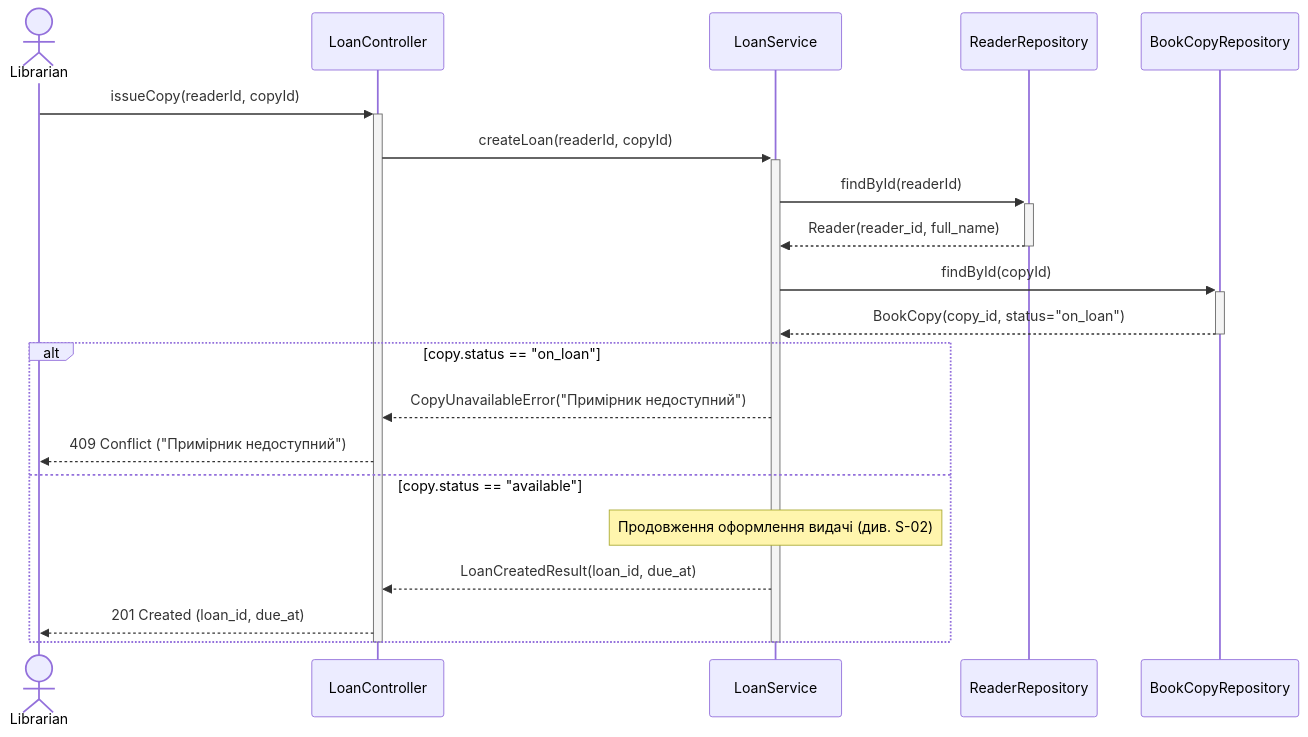
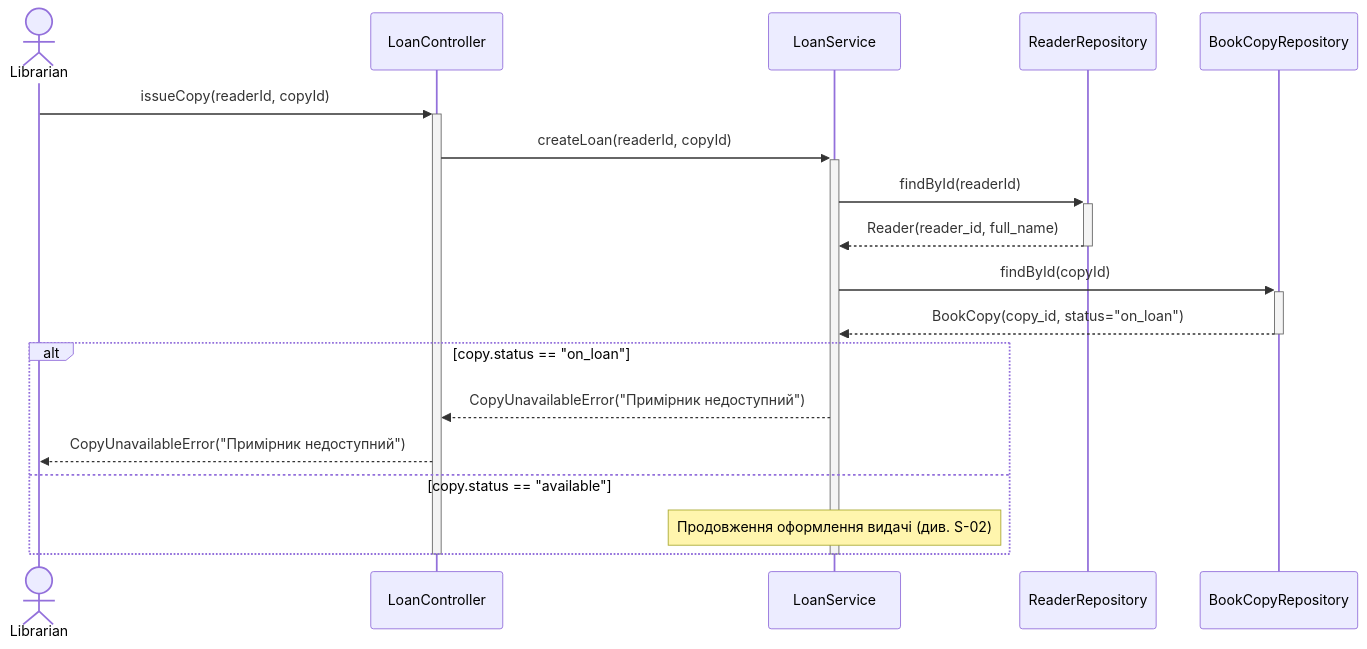
One commit to UsenkoAnastasiya/kpi-second changed the second of 3 diagrams in lab3/docs/sequences.md. Above: the diagram before and after it, drawn with Mermaid. The commit also changed other lines of this file and 1 other file, not shown here.

Commit message:
feat: add criterion 10 and use domain results with transaction note in sequences

````diff
--- a/lab3/docs/sequences.md
+++ b/lab3/docs/sequences.md
@@ -40,29 +44,27 @@
 ```mermaid
 sequenceDiagram
     actor Librarian
     participant LoanController
     participant LoanService
     participant ReaderRepository
     participant BookCopyRepository
 
     Librarian->>+LoanController: issueCopy(readerId, copyId)
     LoanController->>+LoanService: createLoan(readerId, copyId)
 
     LoanService->>+ReaderRepository: findById(readerId)
     ReaderRepository-->>-LoanService: Reader(reader_id, full_name)
 
     LoanService->>+BookCopyRepository: findById(copyId)
     BookCopyRepository-->>-LoanService: BookCopy(copy_id, status="on_loan")
 
     alt copy.status == "on_loan"
         LoanService-->>LoanController: CopyUnavailableError("Примірник недоступний")
-        LoanController-->>Librarian: 409 Conflict ("Примірник недоступний")
+        LoanController-->>Librarian: CopyUnavailableError("Примірник недоступний")
     else copy.status == "available"
         Note over LoanService: Продовження оформлення видачі (див. S-02)
-        LoanService-->>LoanController: LoanCreatedResult(loan_id, due_at)
-        LoanController-->>Librarian: 201 Created (loan_id, due_at)
     end
 
     deactivate LoanService
     deactivate LoanController
 ```
````
